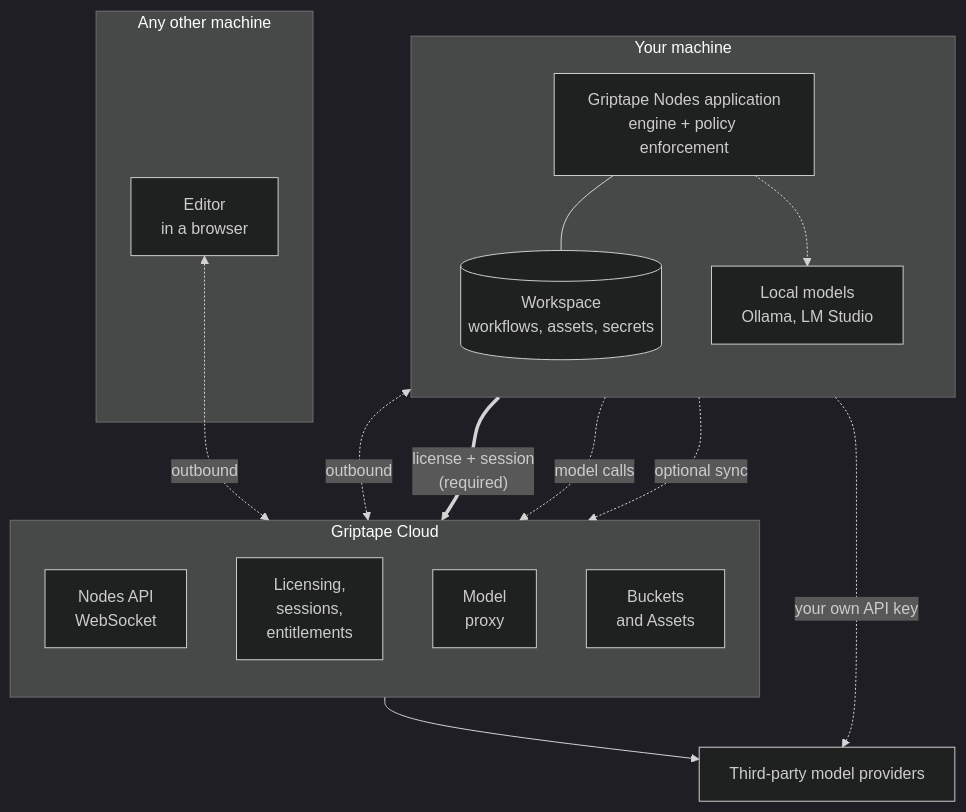
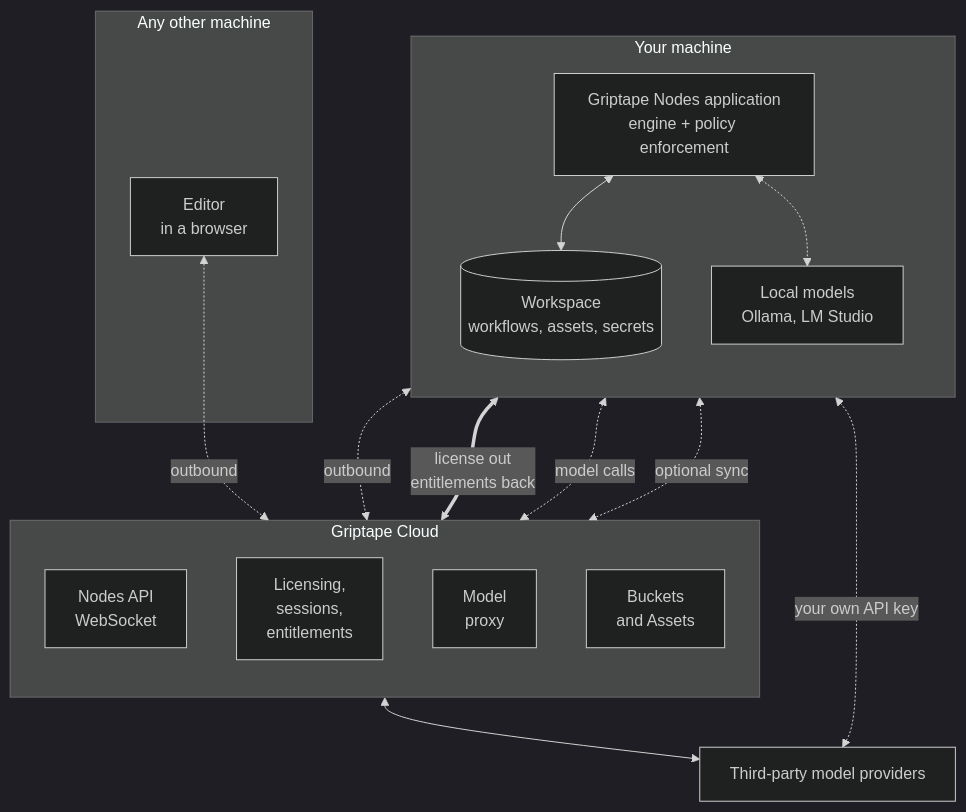
The second of 3 diagrams in docs/architecture.md (griptape-ai/griptape-nodes-engine), drawn with Mermaid (dark theme) before and after one commit. The commit also changed other lines of this file, not shown here.

First line of the commit message:
docs: address PR review feedback on architecture page

````diff
--- a/docs/architecture.md
+++ b/docs/architecture.md
@@ -112,33 +114,33 @@
 ```mermaid
 flowchart TB
     subgraph remote["Any other machine"]
         editor["Editor<br/>in a browser"]
     end
 
     subgraph machine["Your machine"]
         direction TB
         app["Griptape Nodes application<br/>engine + policy enforcement"]
         workspace[("Workspace<br/>workflows, assets, secrets")]
         local["Local models<br/>Ollama, LM Studio"]
-        app --- workspace
-        app -.-> local
+        app <--> workspace
+        app <-.-> local
     end
 
     subgraph cloud["Griptape Cloud"]
         direction TB
         wsapi["Nodes API<br/>WebSocket"]
         control["Licensing,<br/>sessions,<br/>entitlements"]
         modelproxy["Model<br/>proxy"]
         buckets["Buckets<br/>and Assets"]
     end
 
     providers["Third-party model providers"]
 
     editor <-.->|"outbound"| wsapi
     app <-.->|"outbound"| wsapi
-    app ==>|"license + session<br/>(required)"| control
-    app -.->|"model calls"| modelproxy
-    app -.->|"optional sync"| buckets
-    modelproxy --> providers
-    app -.->|"your own API key"| providers
+    app <==>|"license out<br/>entitlements back"| control
+    app <-.->|"model calls"| modelproxy
+    app <-.->|"optional sync"| buckets
+    modelproxy <--> providers
+    app <-.->|"your own API key"| providers
 ```
````
